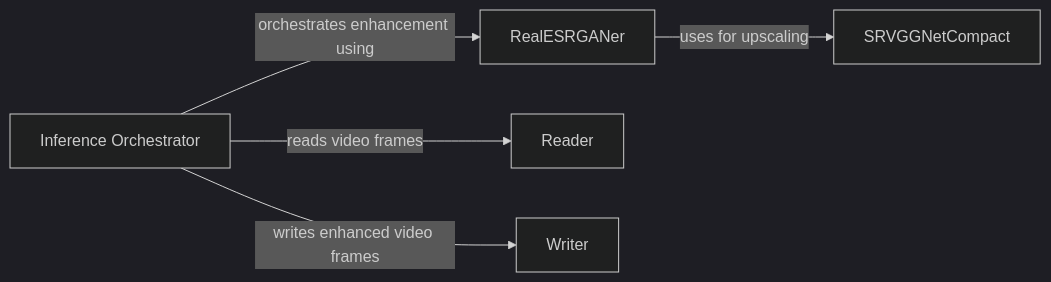
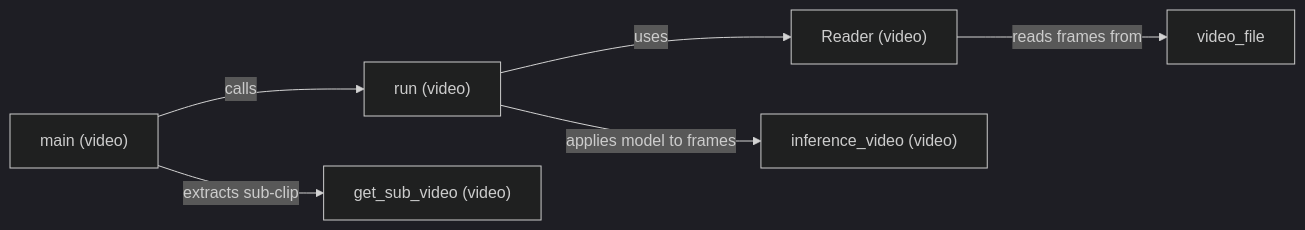
One commit to CodeBoarding/GeneratedOnBoardings changed the diagram in Real-ESRGAN/Inference Orchestrator.md. Above: the diagram before and after it, drawn with Mermaid (dark theme). The commit also changed other lines of this file and 10 other files, not shown here.

````diff
--- a/Real-ESRGAN/Inference Orchestrator.md
+++ b/Real-ESRGAN/Inference Orchestrator.md
@@ -1,12 +1,13 @@
 ```mermaid
 graph LR
-    Inference_Orchestrator["Inference Orchestrator"]
-    RealESRGANer["RealESRGANer"]
-    SRVGGNetCompact["SRVGGNetCompact"]
-    Reader["Reader"]
-    Writer["Writer"]
-    Inference_Orchestrator -- "orchestrates enhancement using" --> RealESRGANer
-    RealESRGANer -- "uses for upscaling" --> SRVGGNetCompact
-    Inference_Orchestrator -- "reads video frames" --> Reader
-    Inference_Orchestrator -- "writes enhanced video frames" --> Writer
+    main_video_["main (video)"]
+    run_video_["run (video)"]
+    Reader_video_["Reader (video)"]
+    get_sub_video_video_["get_sub_video (video)"]
+    inference_video_video_["inference_video (video)"]
+    main_video_ -- "calls" --> run_video_
+    run_video_ -- "uses" --> Reader_video_
+    Reader_video_ -- "reads frames from" --> video_file
+    main_video_ -- "extracts sub-clip" --> get_sub_video_video_
+    run_video_ -- "applies model to frames" --> inference_video_video_
 ```
````
